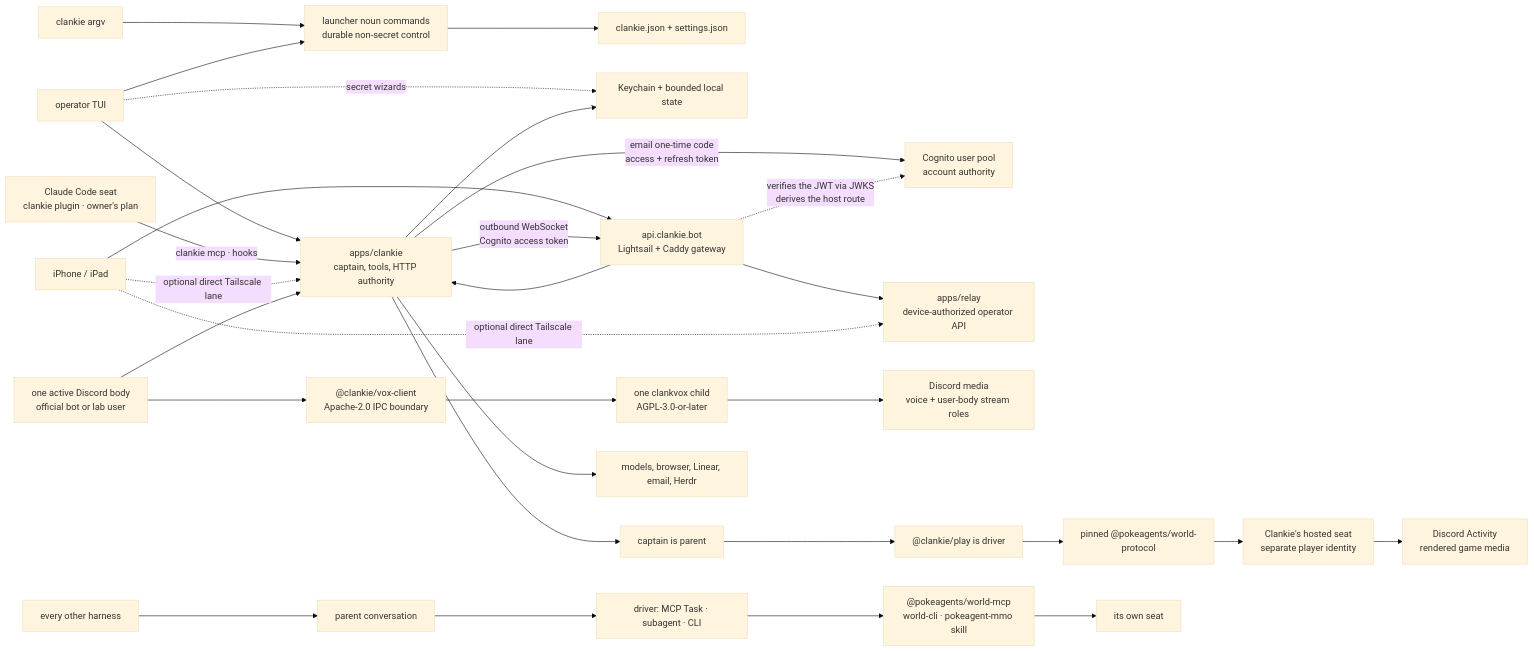
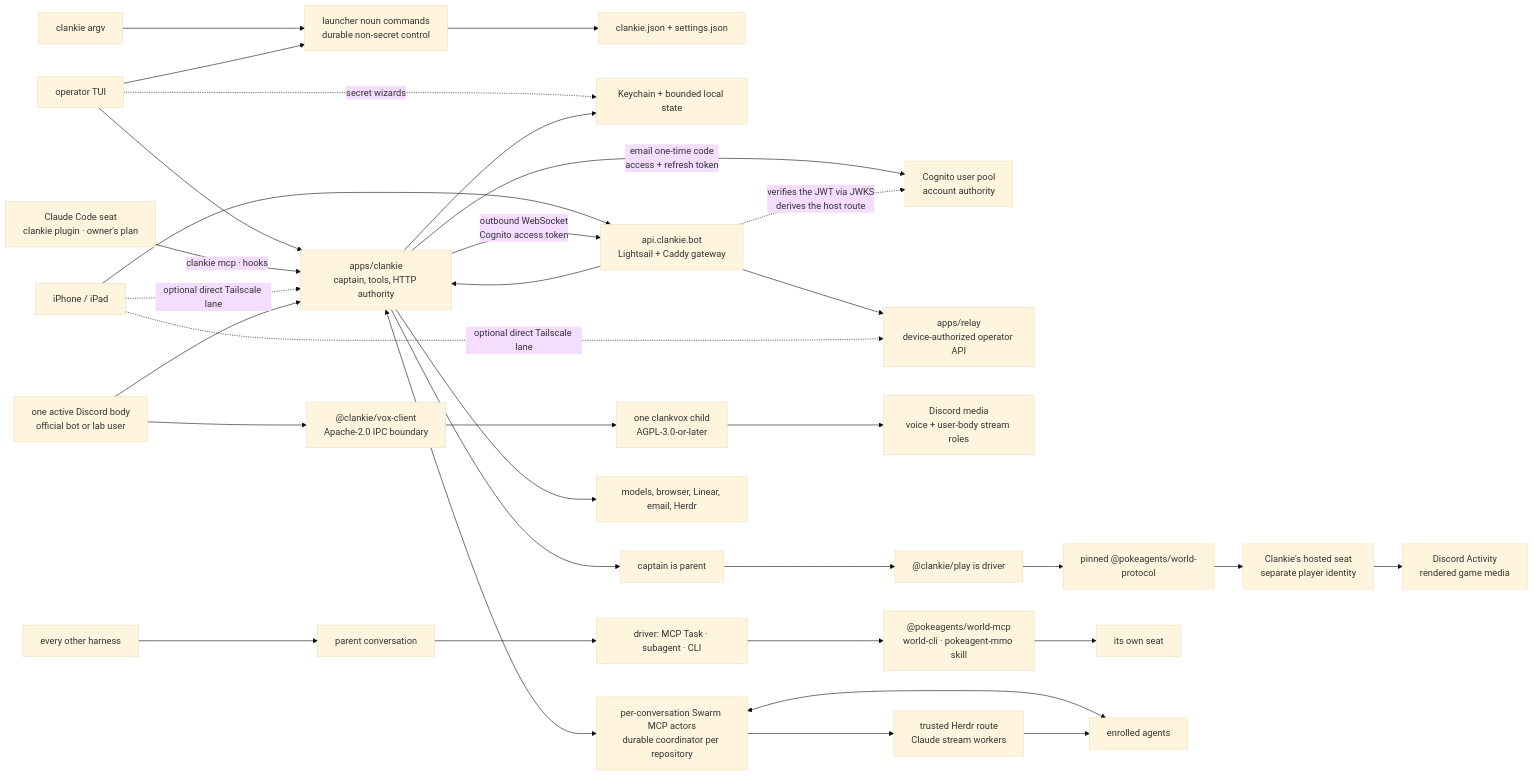
Before and after one commit to Volpestyle/clankie: the diagram in docs/architecture.md, drawn with Mermaid (base theme). The commit also changed other lines of this file and 171 other files, not shown here.

````diff
--- a/docs/architecture.md
+++ b/docs/architecture.md
@@ -7,25 +11,29 @@
 ```mermaid
 flowchart LR
   Argv["clankie argv"] --> Commands["launcher noun commands<br/>durable non-secret control"]
   TUI["operator TUI"] --> Commands --> Config["clankie.json + settings.json"]
   TUI --> Service["apps/clankie<br/>captain, tools, HTTP authority"]
   TUI -. "secret wizards" .-> State
   OperatorSeat["Claude Code seat<br/>clankie plugin · owner's plan"] -->|"clankie mcp · hooks"| Service
   Phone["iPhone / iPad"] --> Gateway["api.clankie.bot<br/>Lightsail + Caddy gateway"]
   Service -->|"outbound WebSocket<br/>Cognito access token"| Gateway
   Service -->|"email one-time code<br/>access + refresh token"| Accounts["Cognito user pool<br/>account authority"]
   Gateway -. "verifies the JWT via JWKS<br/>derives the host route" .-> Accounts
   Gateway --> Relay["apps/relay<br/>device-authorized operator API"]
   Gateway --> Service
   Phone -. "optional direct Tailscale lane" .-> Relay
   Phone -. "optional direct Tailscale lane" .-> Service
   Body["one active Discord body<br/>official bot or lab user"] --> Service
   Body --> Client["@clankie/vox-client<br/>Apache-2.0 IPC boundary"]
   Client --> Vox["one clankvox child<br/>AGPL-3.0-or-later"]
   Vox --> Media["Discord media<br/>voice + user-body stream roles"]
   Service --> CaptainParent["captain is parent"] --> PlayDriver["@clankie/play is driver"] --> Contract["pinned @pokeagents/world-protocol"] --> Seat["Clankie's hosted seat<br/>separate player identity"]
   Seat --> Activity["Discord Activity<br/>rendered game media"]
   Harness["every other harness"] --> OtherParent["parent conversation"] --> OtherDriver["driver: MCP Task · subagent · CLI"] --> Doors["@pokeagents/world-mcp<br/>world-cli · pokeagent-mmo skill"] --> OtherSeat["its own seat"]
   Service --> State["Keychain + bounded local state"]
   Service --> External["models, browser, Linear, email, Herdr"]
+  Service <--> Swarm["per-conversation Swarm MCP actors<br/>durable coordinator per repository"]
+  Swarm <--> Workers["enrolled agents"]
+  Swarm --> Dispatch["trusted Herdr route<br/>Claude stream workers"]
+  Dispatch --> Workers
 ```
````
